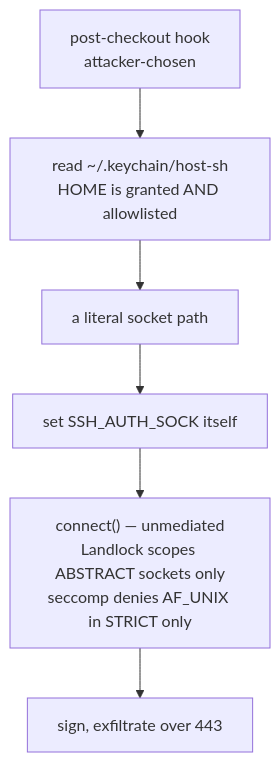
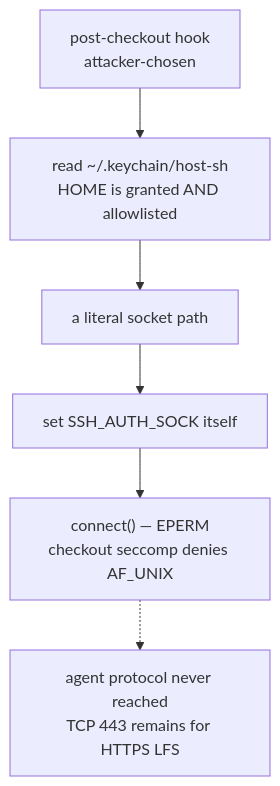
Before and after one commit to tom2025b/git-vista: the seventh of 7 diagrams in docs/adr/0137-an-untrusted-checkout-inherits-an-allowlist.md, drawn with Mermaid. The commit also changed other lines of this file and 7 other files, not shown here.

Commit message:
fix: deny AF_UNIX during clone checkout

````diff
--- a/docs/adr/0137-an-untrusted-checkout-inherits-an-allowlist.md
+++ b/docs/adr/0137-an-untrusted-checkout-inherits-an-allowlist.md
@@ -392,8 +394,8 @@
 ```mermaid
 flowchart TD
   H["post-checkout hook<br/>attacker-chosen"] --> R["read ~/.keychain/host-sh<br/>HOME is granted AND allowlisted"]
   R --> P["a literal socket path"]
   P --> S["set SSH_AUTH_SOCK itself"]
-  S --> C["connect() — unmediated<br/>Landlock scopes ABSTRACT sockets only<br/>seccomp denies AF_UNIX in STRICT only"]
-  C --> X["sign, exfiltrate over 443"]
+  S --> C["connect() — EPERM<br/>checkout seccomp denies AF_UNIX"]
+  C -.-> X["agent protocol never reached<br/>TCP 443 remains for HTTPS LFS"]
 ```
````
